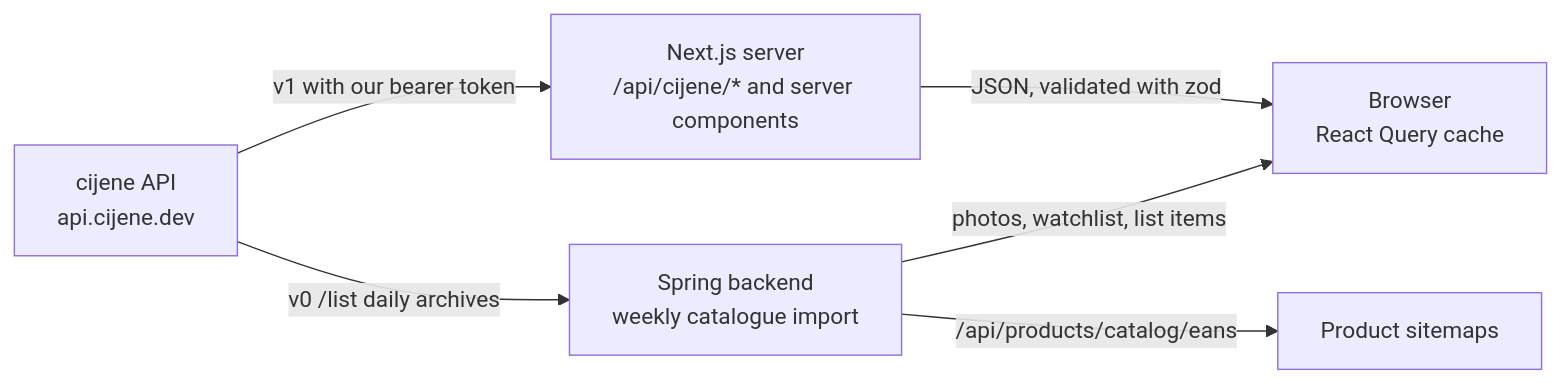
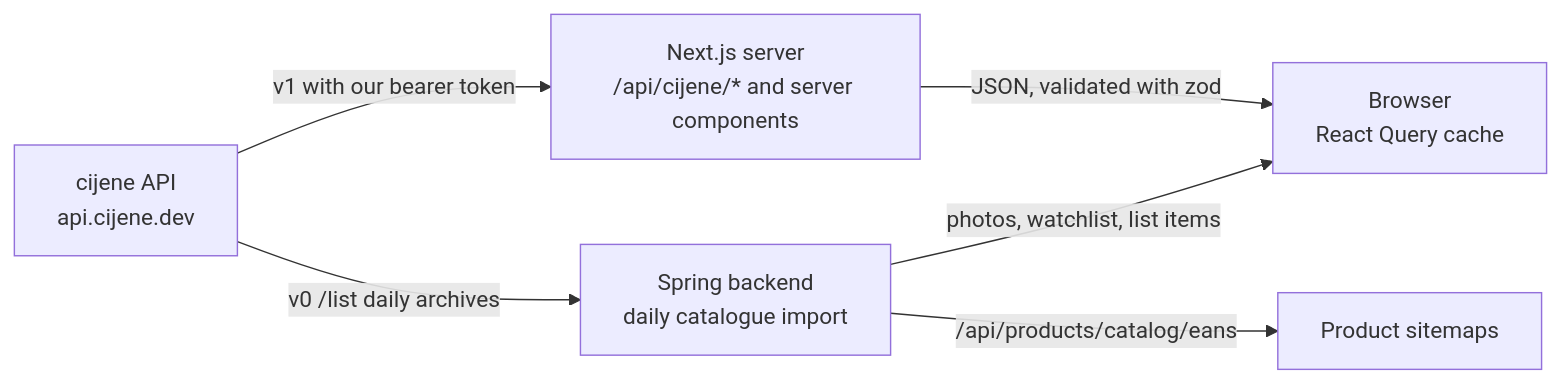
Before and after one commit to OffCrazyFreak/Disscount: the first of 2 diagrams in docs/PRODUCTS.md, drawn with Mermaid. The commit also changed other lines of this file and 6 other files, not shown here.

````diff
--- a/docs/PRODUCTS.md
+++ b/docs/PRODUCTS.md
@@ -32,8 +32,8 @@
 ```mermaid
 flowchart LR
     U[cijene API<br/>api.cijene.dev] -->|v1 with our bearer token| N[Next.js server<br/>/api/cijene/* and server components]
-    U -->|v0 /list daily archives| B[Spring backend<br/>weekly catalogue import]
+    U -->|v0 /list daily archives| B[Spring backend<br/>daily catalogue import]
     N -->|JSON, validated with zod| C[Browser<br/>React Query cache]
     B -->|/api/products/catalog/eans| S[Product sitemaps]
     B -->|photos, watchlist, list items| C
 ```
````
